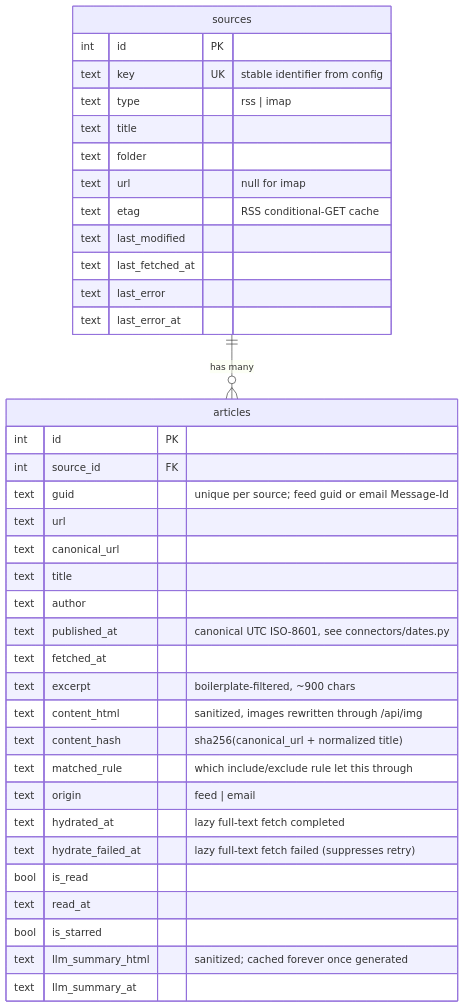
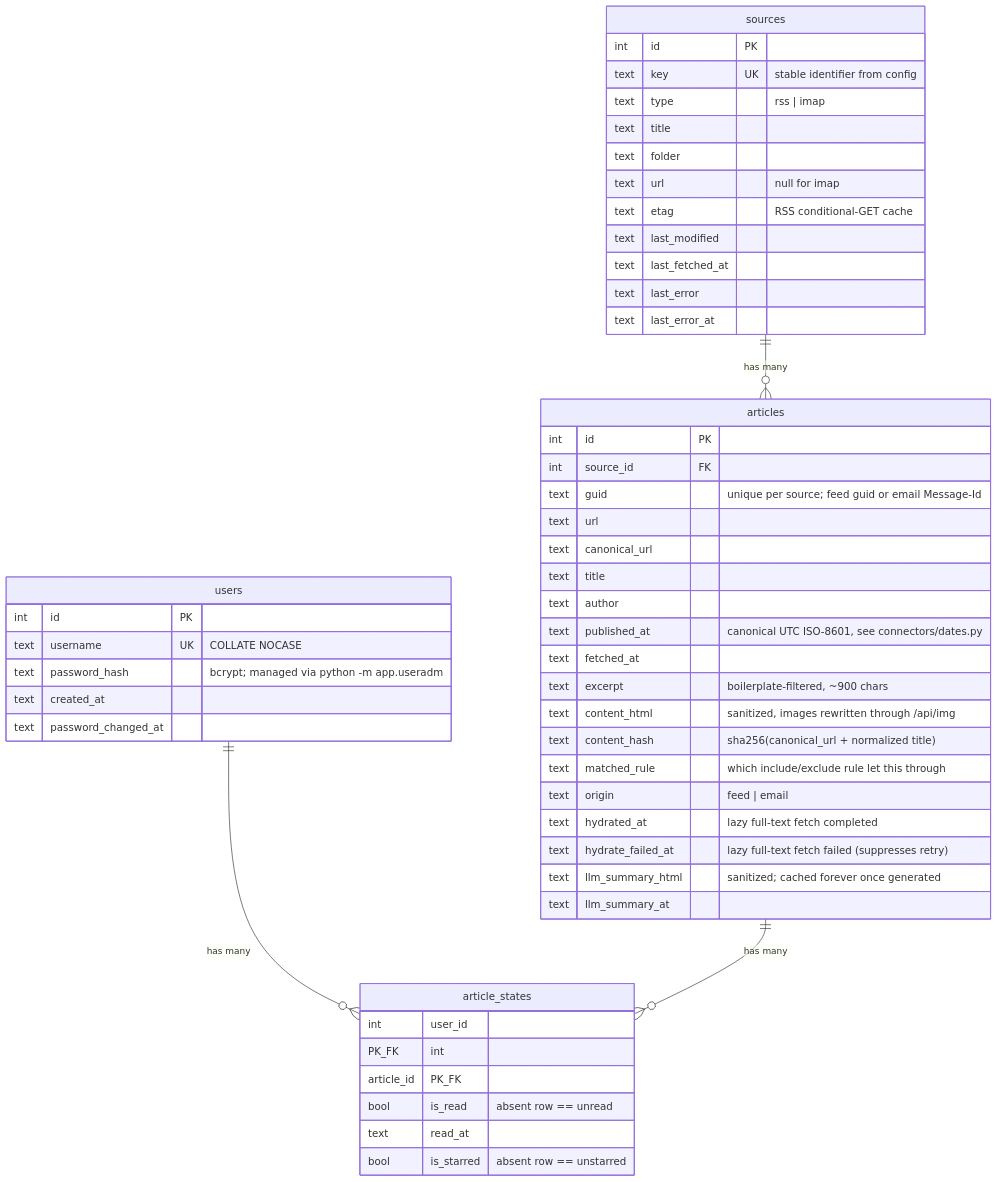
Before and after one commit to pengyaoc/openreader: the diagram in docs/ERD.md, drawn with Mermaid. The commit also changed other lines of this file and 24 other files, not shown here.

First line of the commit message:
Add multi-user support: per-account read/starred state, shared feeds

````diff
--- a/docs/ERD.md
+++ b/docs/ERD.md
@@ -96,42 +100,57 @@
 ```mermaid
 erDiagram
     sources ||--o{ articles : "has many"
+    users ||--o{ article_states : "has many"
+    articles ||--o{ article_states : "has many"
 
     sources {
         int id PK
         text key UK "stable identifier from config"
         text type "rss | imap"
         text title
         text folder
         text url "null for imap"
         text etag "RSS conditional-GET cache"
         text last_modified
         text last_fetched_at
         text last_error
         text last_error_at
     }
 
     articles {
         int id PK
         int source_id FK
         text guid "unique per source; feed guid or email Message-Id"
         text url
         text canonical_url
         text title
         text author
         text published_at "canonical UTC ISO-8601, see connectors/dates.py"
         text fetched_at
         text excerpt "boilerplate-filtered, ~900 chars"
         text content_html "sanitized, images rewritten through /api/img"
         text content_hash "sha256(canonical_url + normalized title)"
         text matched_rule "which include/exclude rule let this through"
         text origin "feed | email"
         text hydrated_at "lazy full-text fetch completed"
         text hydrate_failed_at "lazy full-text fetch failed (suppresses retry)"
-        bool is_read
-        text read_at
-        bool is_starred
         text llm_summary_html "sanitized; cached forever once generated"
         text llm_summary_at
     }
+
+    users {
+        int id PK
+        text username UK "COLLATE NOCASE"
+        text password_hash "bcrypt; managed via python -m app.useradm"
+        text created_at
+        text password_changed_at
+    }
+
+    article_states {
+        int user_id PK_FK
+        int article_id PK_FK
+        bool is_read "absent row == unread"
+        text read_at
+        bool is_starred "absent row == unstarred"
+    }
 ```
````
